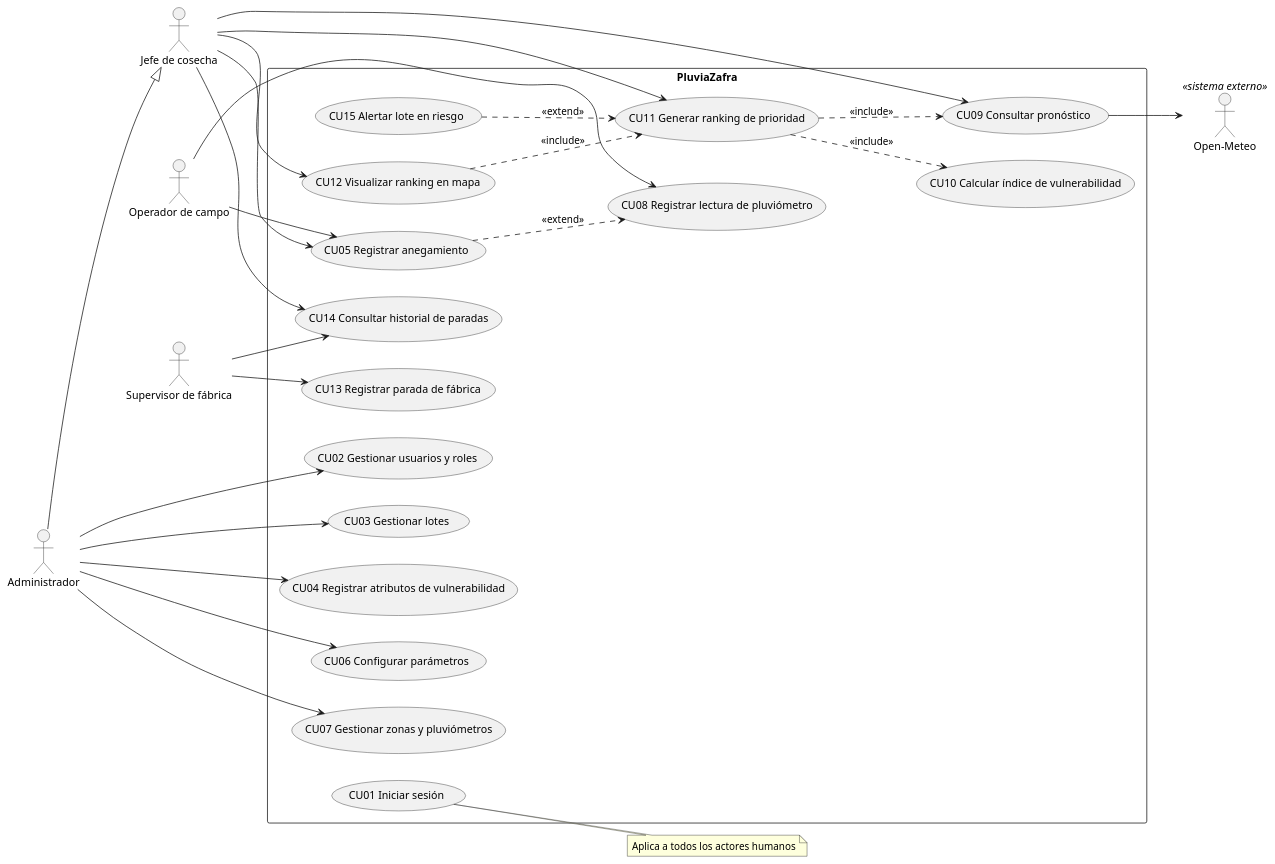
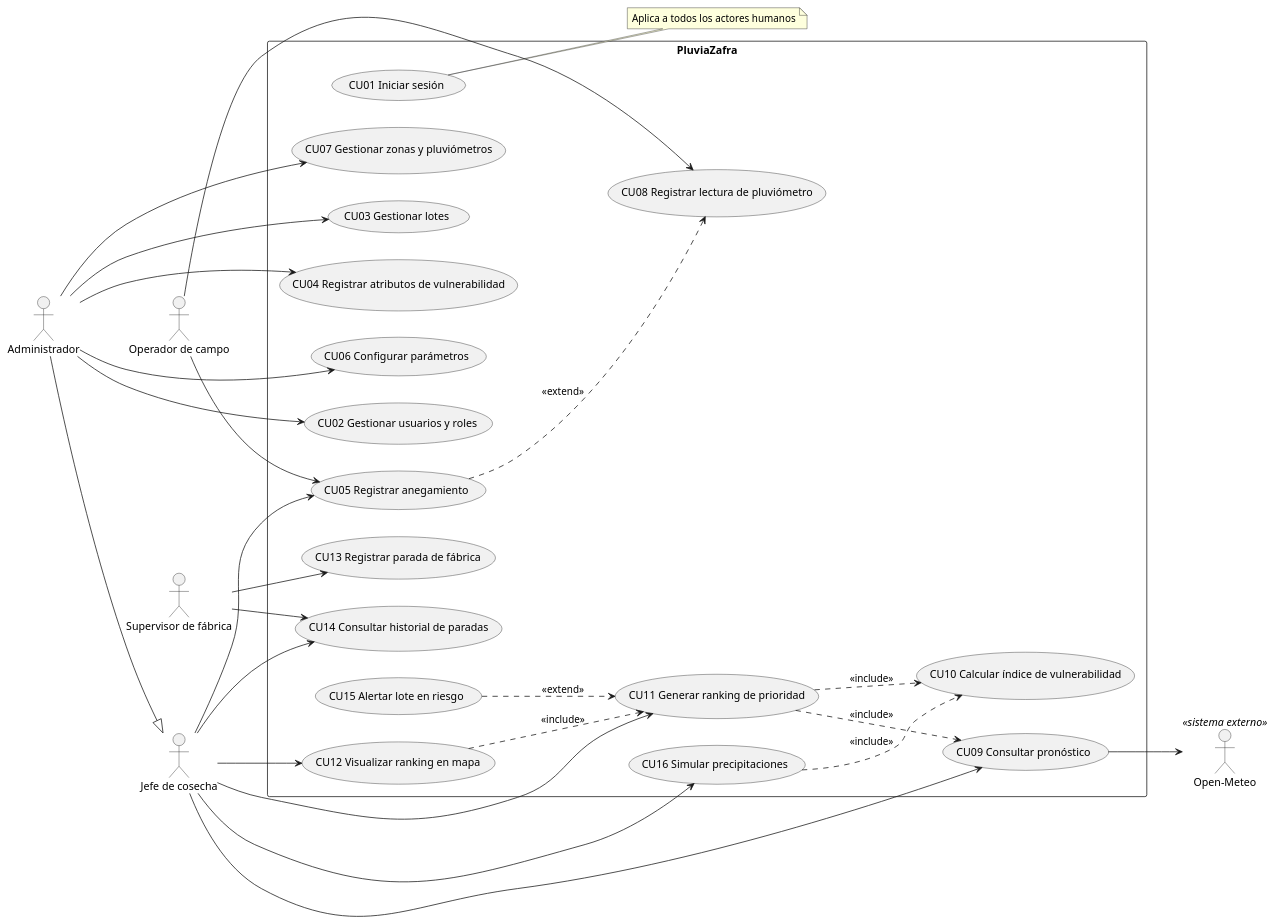
Before and after one commit to Surgeron/TrabajoCampo: the diagram in docs/casos-de-uso-pluviazafra.md, drawn with PlantUML. The commit also changed other lines of this file and 6 other files, not shown here.

Commit message:
mas y mas uml

````diff
--- a/docs/casos-de-uso-pluviazafra.md
+++ b/docs/casos-de-uso-pluviazafra.md
@@ -49,52 +51,55 @@
 ```plantuml
 @startuml
 left to right direction
 actor "Jefe de cosecha" as JC
 actor "Operador de campo" as OP
 actor "Supervisor de fábrica" as SF
 actor "Administrador" as AD
 actor "Open-Meteo" as OM <<sistema externo>>
 AD --|> JC
 
 rectangle PluviaZafra {
   usecase "CU01 Iniciar sesión" as CU01
   usecase "CU02 Gestionar usuarios y roles" as CU02
   usecase "CU03 Gestionar lotes" as CU03
   usecase "CU04 Registrar atributos de vulnerabilidad" as CU04
   usecase "CU05 Registrar anegamiento" as CU05
   usecase "CU06 Configurar parámetros" as CU06
   usecase "CU07 Gestionar zonas y pluviómetros" as CU07
   usecase "CU08 Registrar lectura de pluviómetro" as CU08
   usecase "CU09 Consultar pronóstico" as CU09
   usecase "CU10 Calcular índice de vulnerabilidad" as CU10
   usecase "CU11 Generar ranking de prioridad" as CU11
   usecase "CU12 Visualizar ranking en mapa" as CU12
   usecase "CU13 Registrar parada de fábrica" as CU13
   usecase "CU14 Consultar historial de paradas" as CU14
   usecase "CU15 Alertar lote en riesgo" as CU15
+  usecase "CU16 Simular precipitaciones" as CU16
 }
 
 AD --> CU02
 AD --> CU03
 AD --> CU04
 AD --> CU06
 AD --> CU07
 OP --> CU08
 OP --> CU05
 JC --> CU05
 JC --> CU11
 JC --> CU12
 JC --> CU09
 JC --> CU14
+JC --> CU16
 SF --> CU13
 SF --> CU14
 CU09 --> OM
 
 CU11 ..> CU10 : <<include>>
 CU11 ..> CU09 : <<include>>
 CU12 ..> CU11 : <<include>>
+CU16 ..> CU10 : <<include>>
 CU05 ..> CU08 : <<extend>>
 CU15 ..> CU11 : <<extend>>
 note right of CU01 : Aplica a todos los actores humanos
 @enduml
 ```
````
